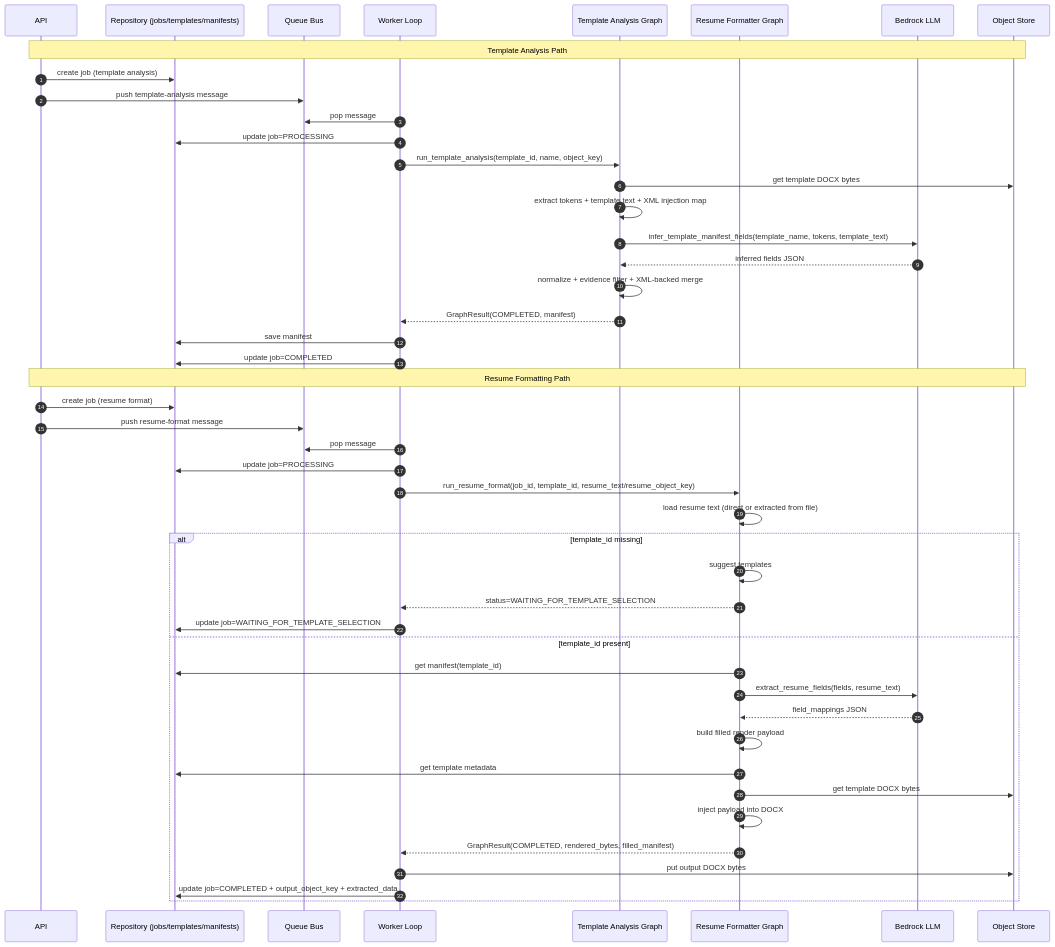
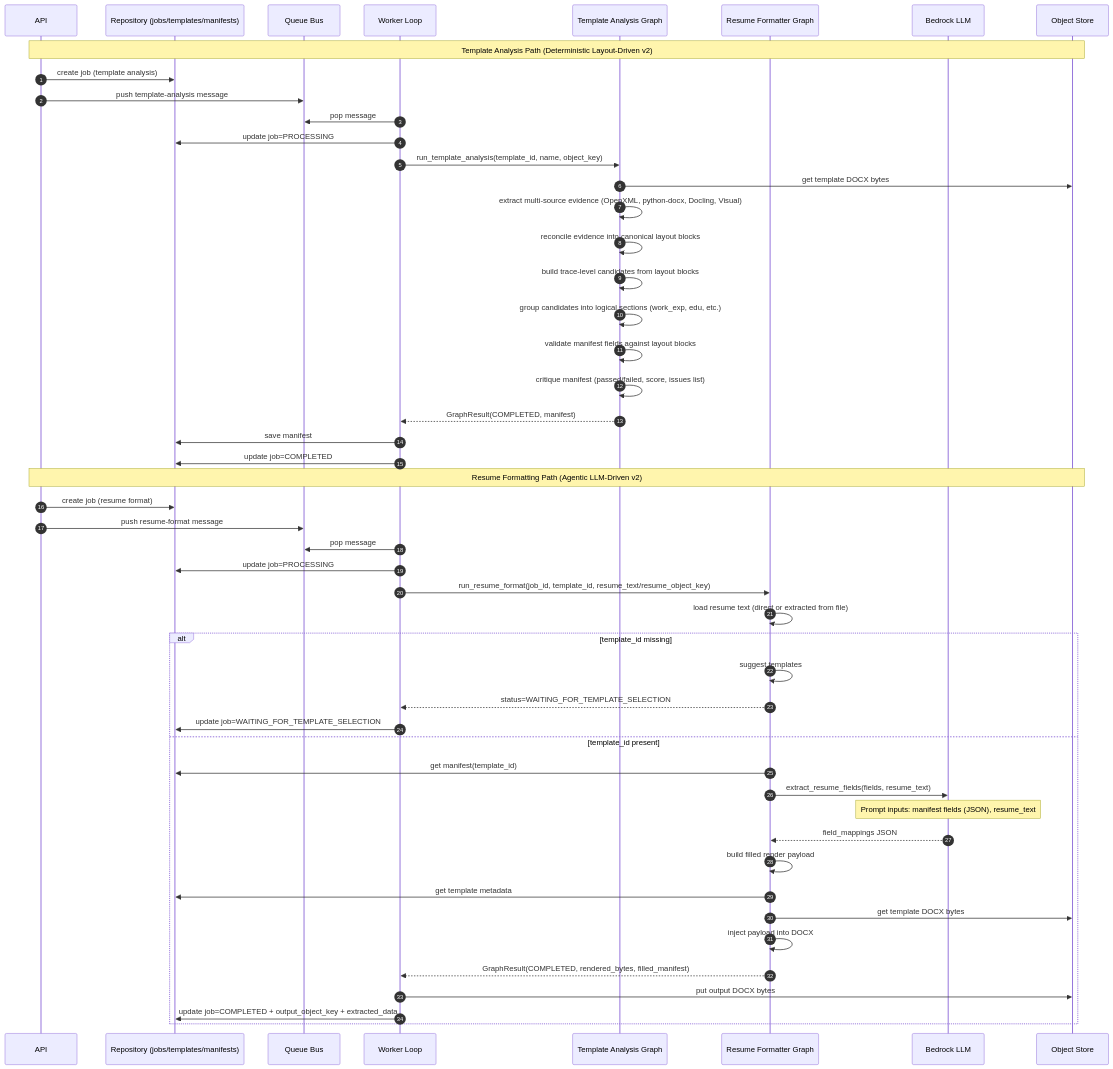
One commit to divyang4481/Hays_resume_formatter_agent changed the diagram in docs/architecture/resume-parsing-flow.md. Above: the diagram before and after it, drawn with Mermaid. The commit also changed other lines of this file, not shown here.

Commit message:
docs: add architecture documentation for resume parsing and formatting flow

````diff
--- a/docs/architecture/resume-parsing-flow.md
+++ b/docs/architecture/resume-parsing-flow.md
@@ -11,51 +11,54 @@
 ```mermaid
 sequenceDiagram
     autonumber
     participant API as API
     participant Repo as Repository (jobs/templates/manifests)
     participant Q as Queue Bus
     participant W as Worker Loop
     participant TA as Template Analysis Graph
     participant RF as Resume Formatter Graph
     participant LLM as Bedrock LLM
     participant S3 as Object Store
 
-    Note over API,S3: Template Analysis Path
+    Note over API,S3: Template Analysis Path (Deterministic Layout-Driven v2)
     API->>Repo: create job (template analysis)
     API->>Q: push template-analysis message
     W->>Q: pop message
     W->>Repo: update job=PROCESSING
     W->>TA: run_template_analysis(template_id, name, object_key)
     TA->>S3: get template DOCX bytes
-    TA->>TA: extract tokens + template text + XML injection map
-    TA->>LLM: infer_template_manifest_fields(template_name, tokens, template_text)
-    LLM-->>TA: inferred fields JSON
-    TA->>TA: normalize + evidence filter + XML-backed merge
+    TA->>TA: extract multi-source evidence (OpenXML, python-docx, Docling, Visual)
+    TA->>TA: reconcile evidence into canonical layout blocks
+    TA->>TA: build trace-level candidates from layout blocks
+    TA->>TA: group candidates into logical sections (work_exp, edu, etc.)
+    TA->>TA: validate manifest fields against layout blocks
+    TA->>TA: critique manifest (passed/failed, score, issues list)
     TA-->>W: GraphResult(COMPLETED, manifest)
     W->>Repo: save manifest
     W->>Repo: update job=COMPLETED
 
-    Note over API,S3: Resume Formatting Path
+    Note over API,S3: Resume Formatting Path (Agentic LLM-Driven v2)
     API->>Repo: create job (resume format)
     API->>Q: push resume-format message
     W->>Q: pop message
     W->>Repo: update job=PROCESSING
     W->>RF: run_resume_format(job_id, template_id, resume_text/resume_object_key)
     RF->>RF: load resume text (direct or extracted from file)
     alt template_id missing
       RF->>RF: suggest templates
       RF-->>W: status=WAITING_FOR_TEMPLATE_SELECTION
       W->>Repo: update job=WAITING_FOR_TEMPLATE_SELECTION
     else template_id present
       RF->>Repo: get manifest(template_id)
       RF->>LLM: extract_resume_fields(fields, resume_text)
+      Note over LLM: Prompt inputs: manifest fields (JSON), resume_text
       LLM-->>RF: field_mappings JSON
       RF->>RF: build filled render payload
       RF->>Repo: get template metadata
       RF->>S3: get template DOCX bytes
       RF->>RF: inject payload into DOCX
       RF-->>W: GraphResult(COMPLETED, rendered_bytes, filled_manifest)
       W->>S3: put output DOCX bytes
       W->>Repo: update job=COMPLETED + output_object_key + extracted_data
     end
 ```
````
